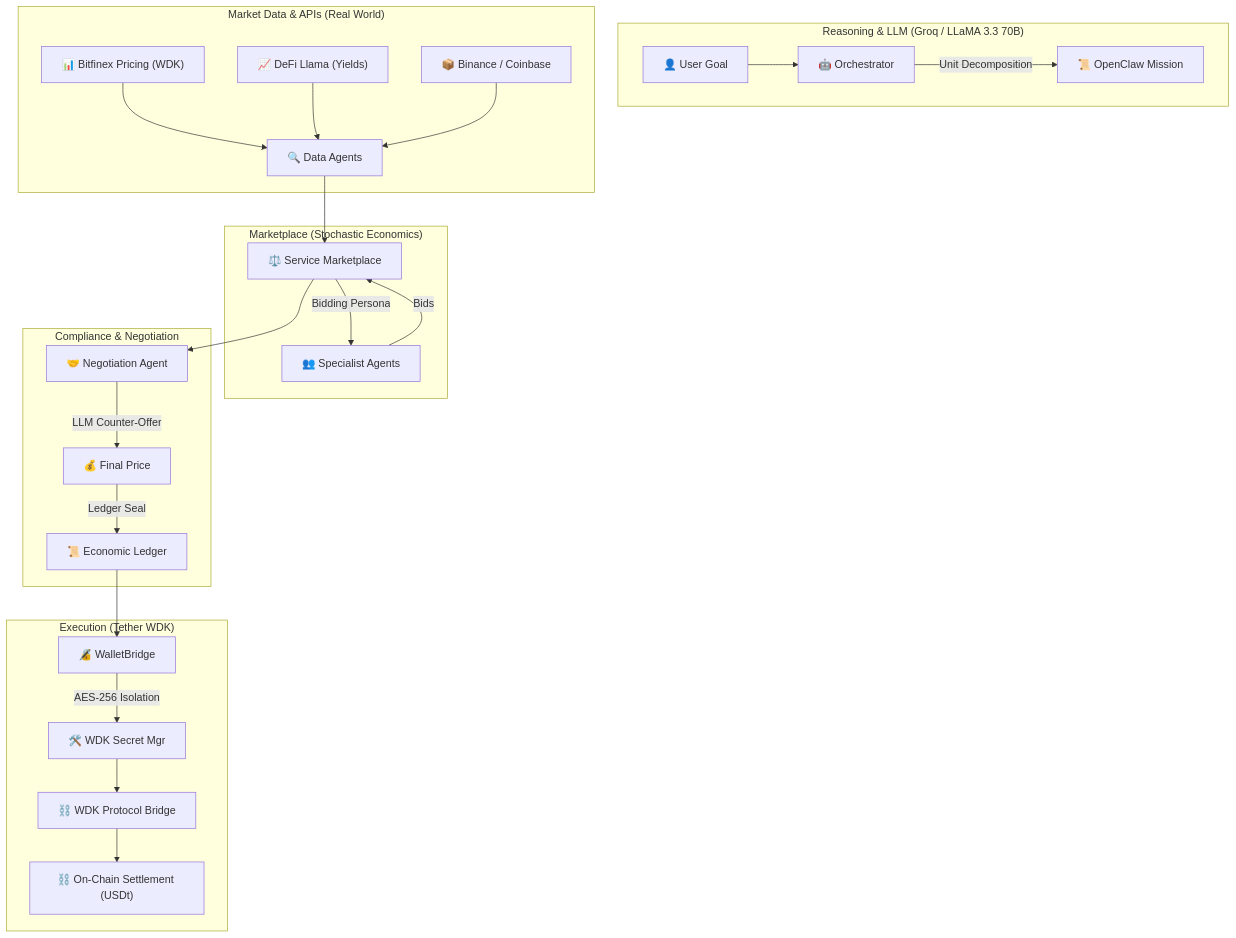
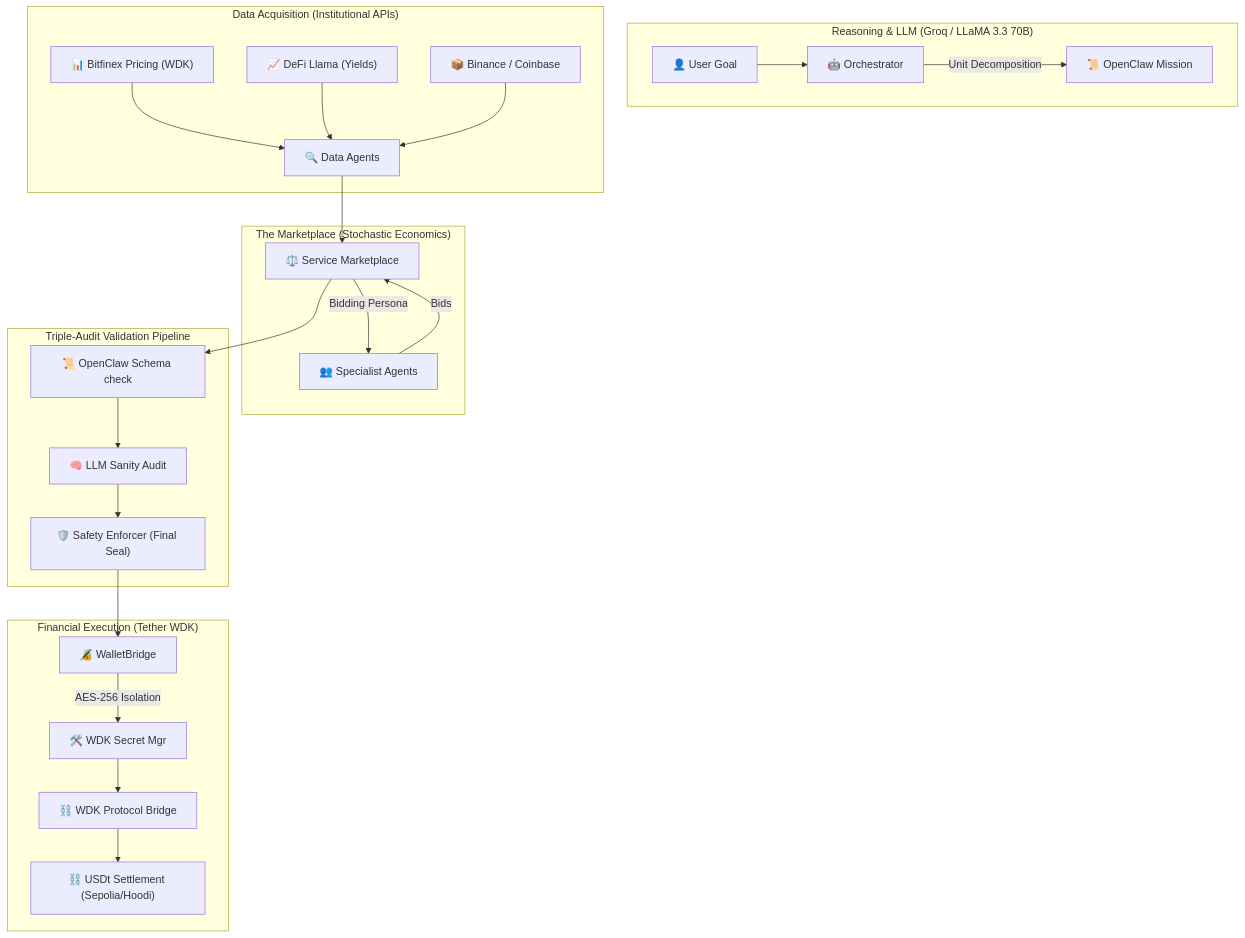
The diagram in README.md (nevan-sonic/nevorax), drawn with Mermaid before and after one commit. The commit also changed other lines of this file, not shown here.

Commit message:
Elite README upgrade - Competitor Benchmarking & Triple-Audit Pipeline

````diff
--- a/README.md
+++ b/README.md
@@ -16,32 +16,32 @@
 ```mermaid
 graph TD
     subgraph "Reasoning & LLM (Groq / LLaMA 3.3 70B)"
         A["👤 User Goal"] --> B["🤖 Orchestrator"]
         B -->|Unit Decomposition| C["📜 OpenClaw Mission"]
     end
 
-    subgraph "Market Data & APIs (Real World)"
+    subgraph "Data Acquisition (Institutional APIs)"
         D["📊 Bitfinex Pricing (WDK)"] --> E["🔍 Data Agents"]
         F["📈 DeFi Llama (Yields)"] --> E
         G["📦 Binance / Coinbase"] --> E
     end
 
-    subgraph "Marketplace (Stochastic Economics)"
+    subgraph "The Marketplace (Stochastic Economics)"
         E --> H["⚖️ Service Marketplace"]
         H -->|Bidding Persona| I["👥 Specialist Agents"]
         I -->|Bids| H
     end
 
-    subgraph "Compliance & Negotiation"
-        H --> J["🤝 Negotiation Agent"]
-        J -->|LLM Counter-Offer| K["💰 Final Price"]
-        K -->|Ledger Seal| L["📜 Economic Ledger"]
+    subgraph "Triple-Audit Validation Pipeline"
+        H --> J["📜 OpenClaw Schema check"]
+        J --> K["🧠 LLM Sanity Audit"]
+        K --> L["🛡️ Safety Enforcer (Final Seal)"]
     end
 
-    subgraph "Execution (Tether WDK)"
+    subgraph "Financial Execution (Tether WDK)"
         L --> M["🔏 WalletBridge"]
         M -->|AES-256 Isolation| N["🛠️ WDK Secret Mgr"]
         N --> O["⛓️ WDK Protocol Bridge"]
-        O --> P["⛓️ On-Chain Settlement (USDt)"]
+        O --> P["⛓️ USDt Settlement (Sepolia/Hoodi)"]
     end
 ```
````
